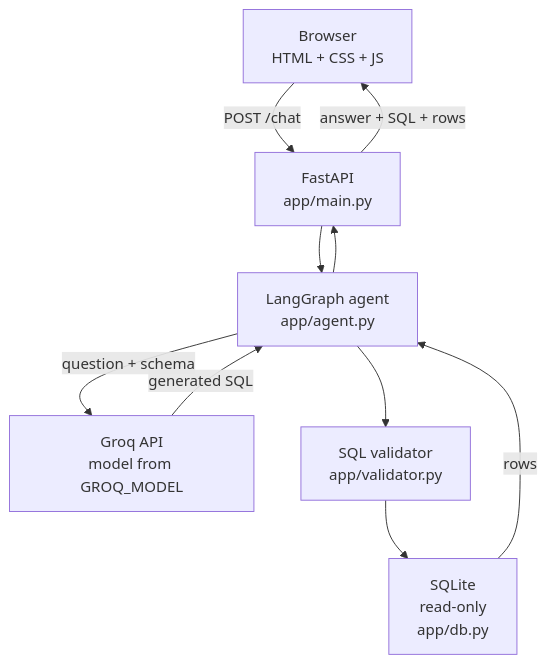
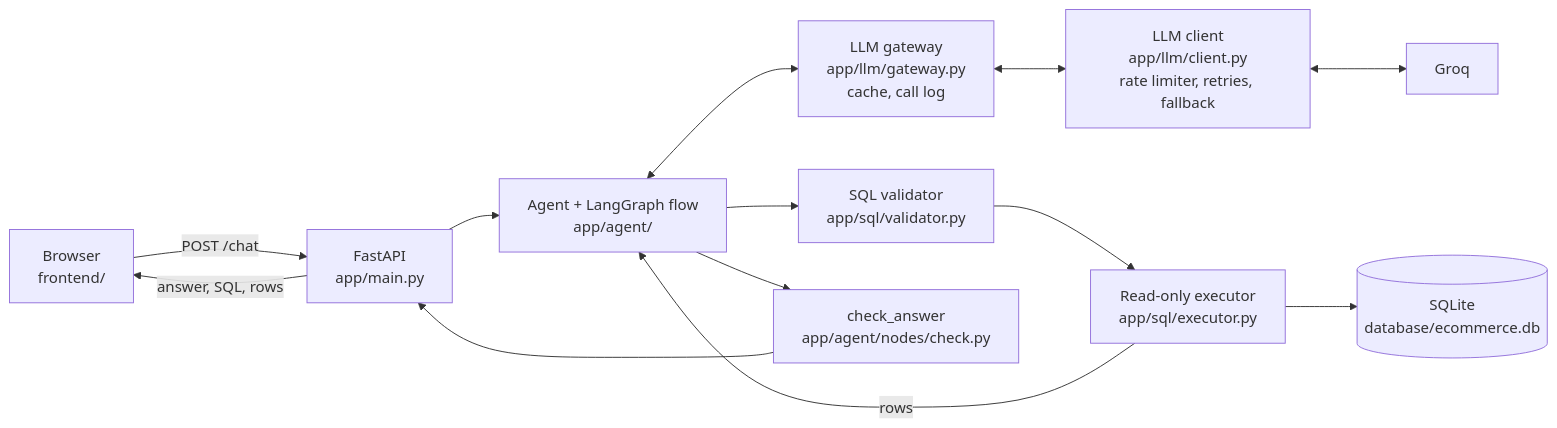
Before and after one commit to AviK0928/SQL_Query_AI_Agent: the first of 2 diagrams in docs/architecture.md, drawn with Mermaid. The commit also changed other lines of this file and 2 other files, not shown here.

Commit message:
docs: architecture docs, colab quickstart and results summary (#29)

````diff
--- a/docs/architecture.md
+++ b/docs/architecture.md
@@ -5,12 +5,14 @@
 ```mermaid
-flowchart TD
-    U[Browser<br/>HTML + CSS + JS] -->|POST /chat| F[FastAPI<br/>app/main.py]
-    F --> A[LangGraph agent<br/>app/agent.py]
-    A -->|question + schema| L[Groq API<br/>model from GROQ_MODEL]
-    L -->|generated SQL| A
-    A --> V[SQL validator<br/>app/validator.py]
-    V --> D[SQLite<br/>read-only<br/>app/db.py]
-    D -->|rows| A
-    A --> F
-    F -->|answer + SQL + rows| U
+flowchart LR
+    U[Browser<br/>frontend/] -->|POST /chat| F[FastAPI<br/>app/main.py]
+    F --> A[Agent + LangGraph flow<br/>app/agent/]
+    A <--> G[LLM gateway<br/>app/llm/gateway.py<br/>cache, call log]
+    G <--> C[LLM client<br/>app/llm/client.py<br/>rate limiter, retries, fallback]
+    C <--> L[Groq]
+    A --> V[SQL validator<br/>app/sql/validator.py]
+    V --> X[Read-only executor<br/>app/sql/executor.py]
+    X --> D[(SQLite<br/>database/ecommerce.db)]
+    X -->|rows| A
+    A --> K[check_answer<br/>app/agent/nodes/check.py]
+    K --> F -->|answer, SQL, rows| U
 ```
````
